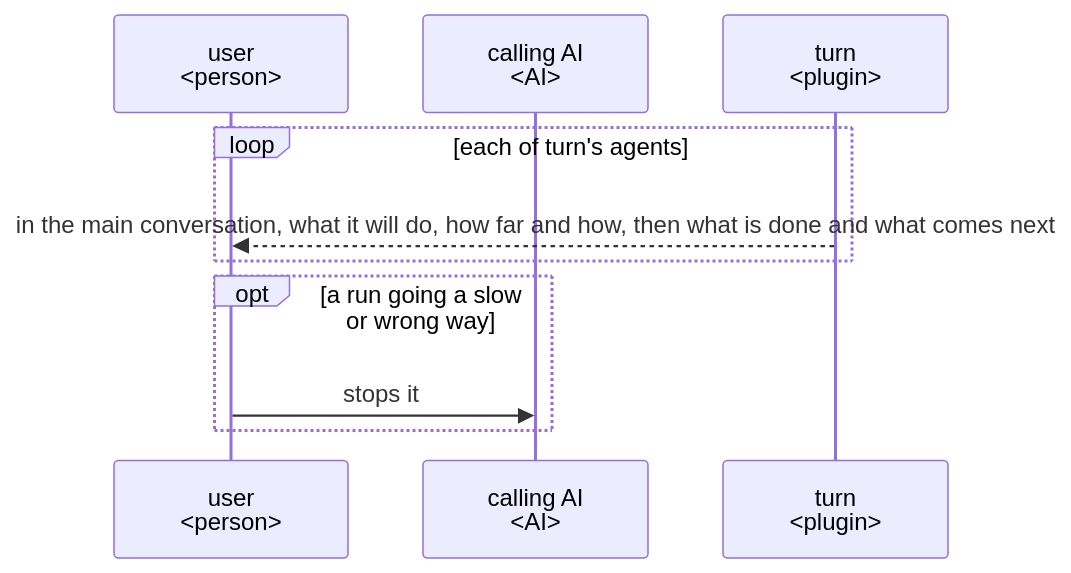
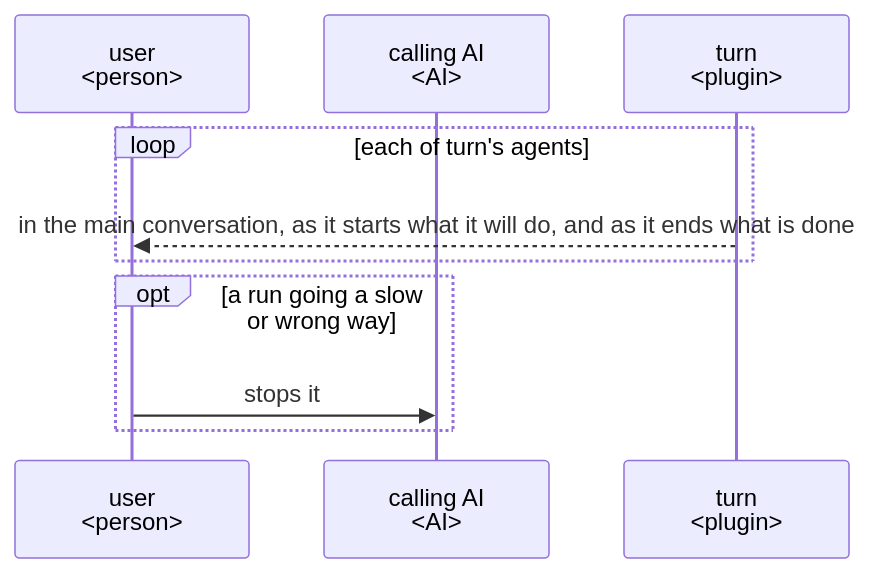
Before and after one commit to lovaizu/ccpm: the second of 4 diagrams in dev/turn/ux.md, drawn with Mermaid. The commit also changed other lines of this file and 2 other files, not shown here.

````diff
--- a/dev/turn/ux.md
+++ b/dev/turn/ux.md
@@ -60,12 +60,12 @@
 ```mermaid
 sequenceDiagram
   participant U as user<br/>#lt;person#gt;
   participant C as calling AI<br/>#lt;AI#gt;
   participant T as turn<br/>#lt;plugin#gt;
   loop each of turn's agents
-    T-->>U: in the main conversation, what it will do, how far and how, then what is done and what comes next
+    T-->>U: in the main conversation, as it starts what it will do, and as it ends what is done
   end
   opt a run going a slow or wrong way
     U->>C: stops it
   end
 ```
````
